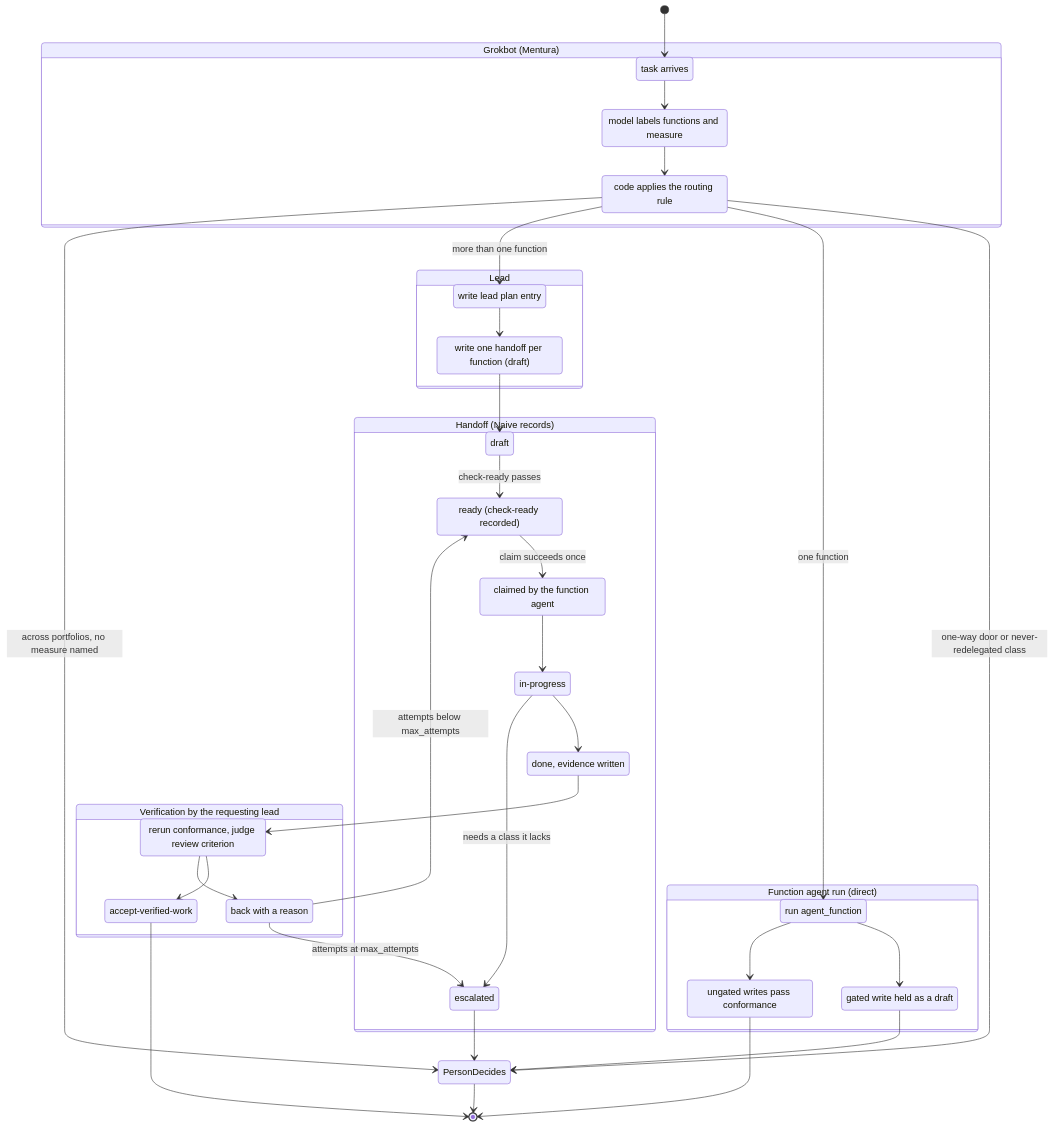
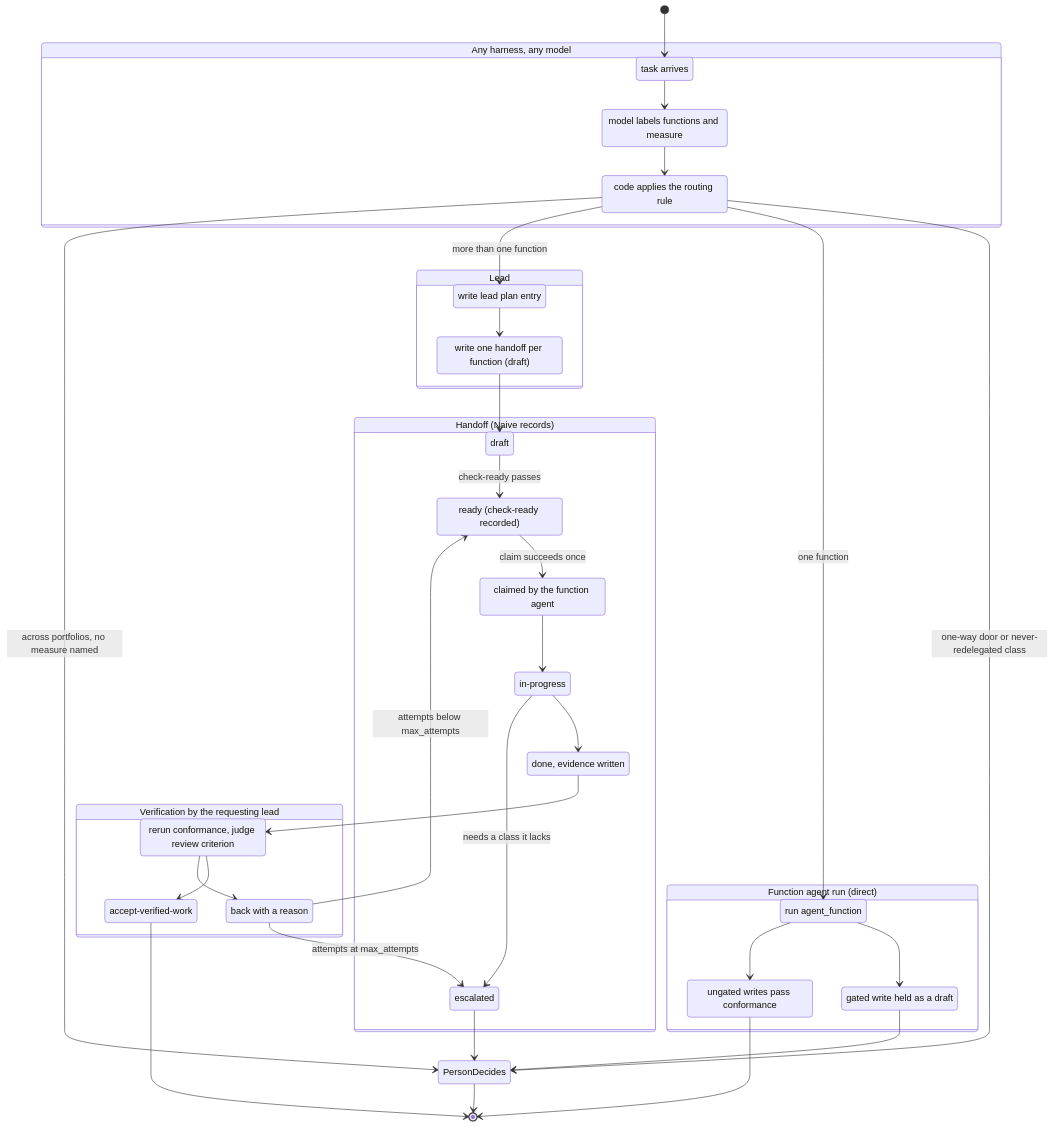
One commit to tchjhnsn/Naive changed the second of 2 diagrams in docs/design/LEAD_AGENTS_2026-11-08.md. Above: the diagram before and after it, drawn with Mermaid. The commit also changed other lines of this file, not shown here.

First line of the commit message:
Make the lead agents design model- and harness-agnostic (#55)

````diff
--- a/docs/design/LEAD_AGENTS_2026-11-08.md
+++ b/docs/design/LEAD_AGENTS_2026-11-08.md
@@ -141,61 +141,61 @@
 ```mermaid
 stateDiagram-v2
   direction TB
   [*] --> Intake
-  state "Grokbot (Mentura)" as GB {
+  state "Any harness, any model" as GB {
     Intake: task arrives
     Classify: model labels functions and measure
     Route: code applies the routing rule
     Intake --> Classify
     Classify --> Route
   }
   Route --> PersonDecides: one-way door or never-redelegated class
   Route --> DirectRun: one function
   Route --> LeadPlans: more than one function
   Route --> PersonDecides: across portfolios, no measure named
 
   state "Function agent run (direct)" as DR {
     DirectRun: run agent_function
     DirectHeld: gated write held as a draft
     DirectDone: ungated writes pass conformance
     DirectRun --> DirectHeld
     DirectRun --> DirectDone
   }
   DirectHeld --> PersonDecides
   DirectDone --> [*]
 
   state "Lead" as LD {
     LeadPlans: write lead plan entry
     Handoffs: write one handoff per function (draft)
     LeadPlans --> Handoffs
   }
 
   state "Handoff (Naive records)" as HO {
     Draft: draft
     Ready: ready (check-ready recorded)
     Claimed: claimed by the function agent
     InProgress: in-progress
     Done: done, evidence written
     Escalated: escalated
     Draft --> Ready: check-ready passes
     Ready --> Claimed: claim succeeds once
     Claimed --> InProgress
     InProgress --> Done
     InProgress --> Escalated: needs a class it lacks
   }
   Handoffs --> Draft
 
   state "Verification by the requesting lead" as VF {
     Verify: rerun conformance, judge review criterion
     Accepted: accept-verified-work
     Rework: back with a reason
     Verify --> Accepted
     Verify --> Rework
   }
   Done --> Verify
   Rework --> Ready: attempts below max_attempts
   Rework --> Escalated: attempts at max_attempts
   Escalated --> PersonDecides
   Accepted --> [*]
   PersonDecides --> [*]
 ```
````
